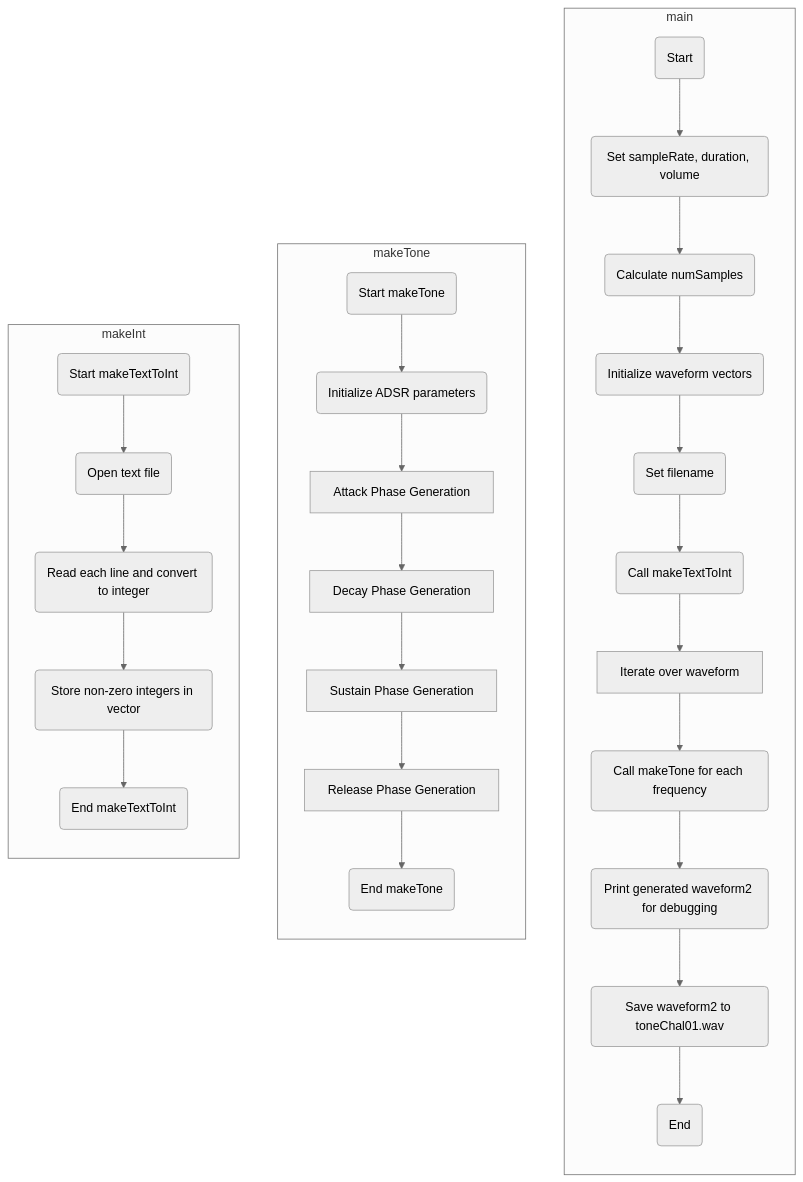
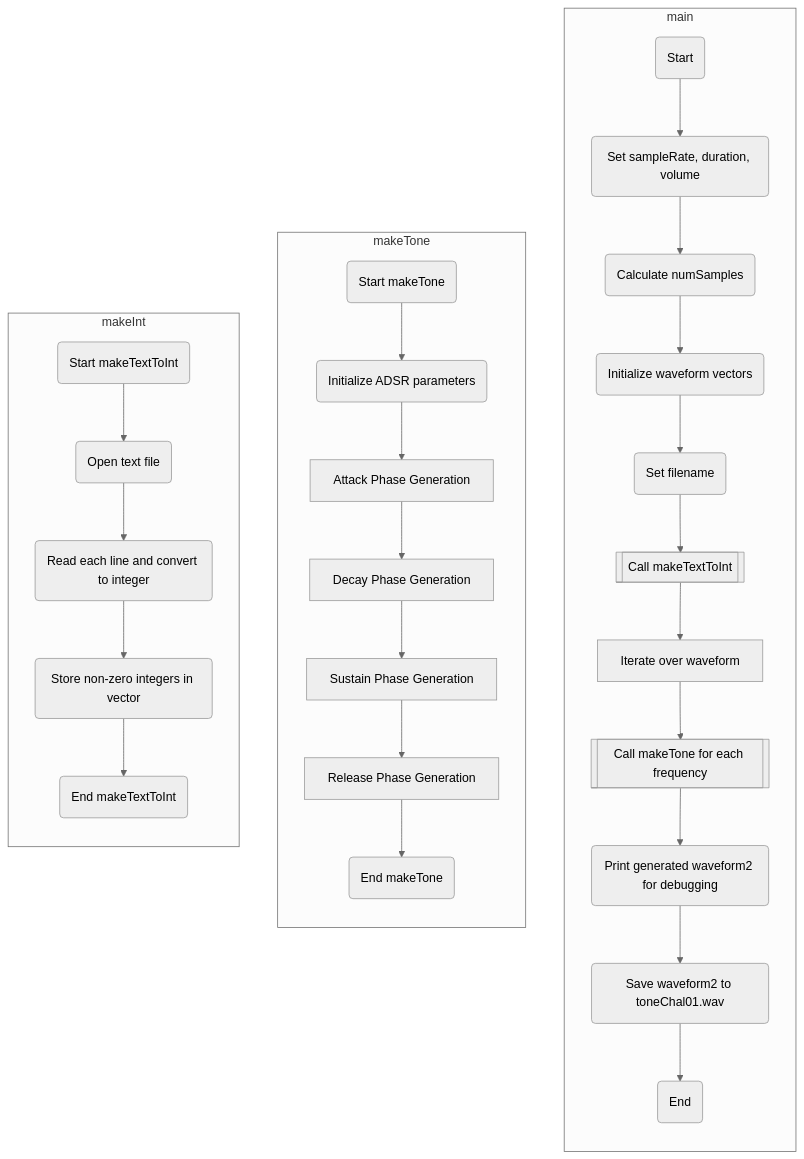
The diagram in gptversionchall.md (brolonium210/ENGR101_MD), drawn with Mermaid (neutral theme) before and after one commit.

````diff
--- a/gptversionchall.md
+++ b/gptversionchall.md
@@ -1,38 +1,38 @@
 ```mermaid
 graph
 direction LR
 subgraph main
   direction TB;
     A(Start) --> B(Set sampleRate, duration, volume)
     B --> C(Calculate numSamples)
     C --> D(Initialize waveform vectors)
     D --> E(Set filename)
-    E --> F(Call makeTextToInt)
+    E --> F[[Call makeTextToInt]]
     F --> G[Iterate over waveform]
-    G --> H(Call makeTone for each frequency)
+    G --> H[[Call makeTone for each frequency]]
     H --> I(Print generated waveform2 for debugging)
     I --> J(Save waveform2 to toneChal01.wav)
     J --> K(End)
 end
 subgraph makeTone
 direction TB
     BA(Start makeTone) --> BB(Initialize ADSR parameters)
     BB --> BC[Attack Phase Generation]
     BC --> BD[Decay Phase Generation]
     BD --> BE[Sustain Phase Generation]
     BE --> BF[Release Phase Generation]
     BF --> BG(End makeTone)
 end
 
 subgraph makeInt
 direction TB
     CA(Start makeTextToInt) --> CB(Open text file)
     CB --> CC(Read each line and convert to integer)
     CC --> CD(Store non-zero integers in vector)
     CD --> CE(End makeTextToInt)
 end
 
 
 
 
 ```
````
